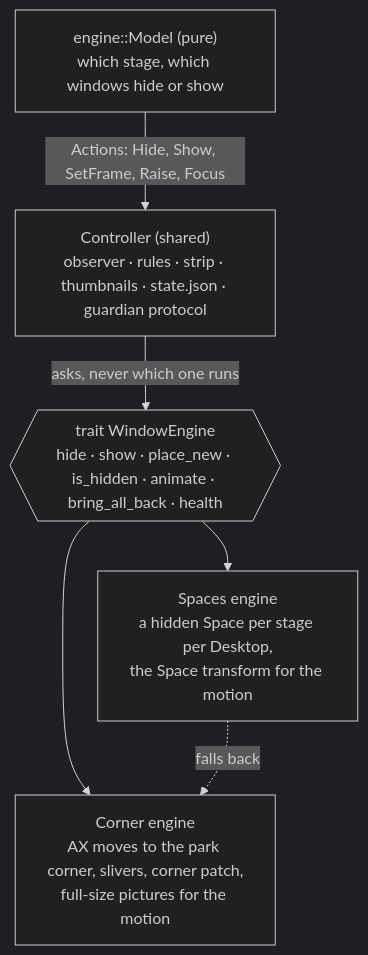
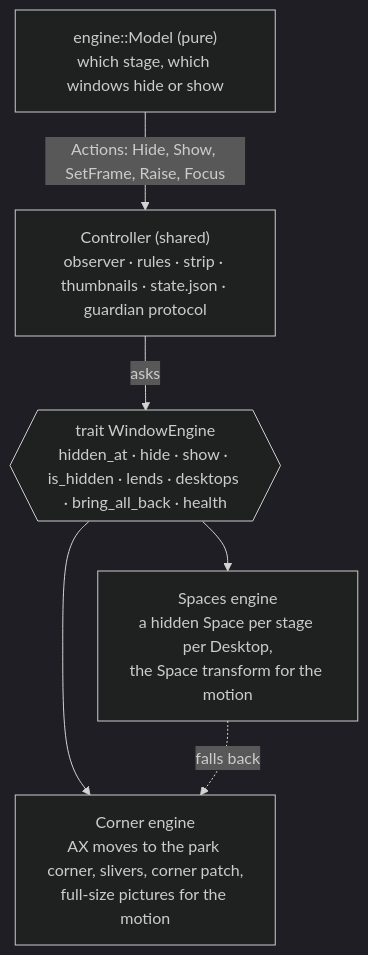
One commit to eugene-tea/stage-manager changed the first of 4 diagrams in docs/ARCHITECTURE.md. Above: the diagram before and after it, drawn with Mermaid (dark theme). The commit also changed other lines of this file and 223 other files, not shown here.

````diff
--- a/docs/ARCHITECTURE.md
+++ b/docs/ARCHITECTURE.md
@@ -99,13 +198,13 @@
 ```mermaid
 flowchart TD
     M["engine::Model (pure)<br/>which stage, which windows hide or show"]
     C["Controller (shared)<br/>observer · rules · strip · thumbnails · state.json · guardian protocol"]
-    T{{"trait WindowEngine<br/>hide · show · place_new · is_hidden · animate · bring_all_back · health"}}
+    T{{"trait WindowEngine<br/>hidden_at · hide · show · is_hidden · lends · desktops · bring_all_back · health"}}
     K["Corner engine<br/>AX moves to the park corner, slivers, corner patch,<br/>full-size pictures for the motion"]
     S["Spaces engine<br/>a hidden Space per stage per Desktop,<br/>the Space transform for the motion"]
     M -- "Actions: Hide, Show, SetFrame, Raise, Focus" --> C
-    C -- "asks, never which one runs" --> T
+    C -- "asks" --> T
     T --> K
     T --> S
     S -. "falls back" .-> K
 ```
````
